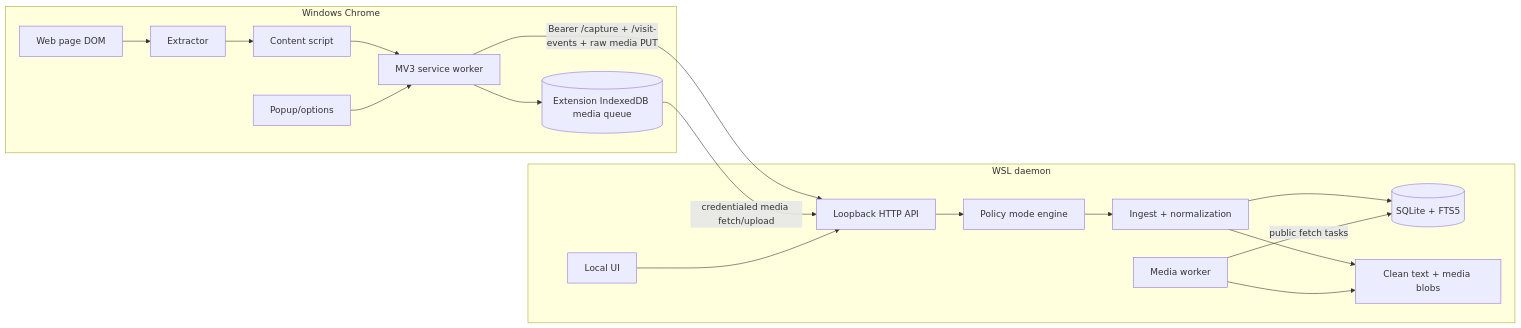
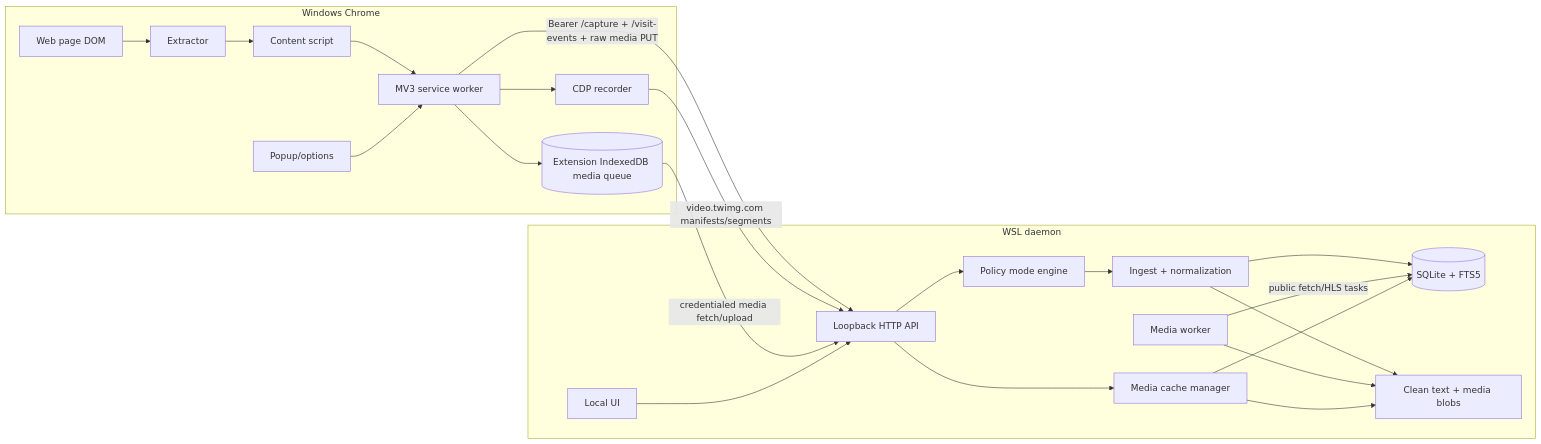
The first of 2 diagrams in docs/ARCHITECTURE.md (michaelnicks0/browser-memory-daemon), drawn with Mermaid before and after one commit. The commit also changed other lines of this file and 5 other files, not shown here.

Commit message:
Fold media sidecar design into architecture

````diff
--- a/docs/ARCHITECTURE.md
+++ b/docs/ARCHITECTURE.md
@@ -71,34 +73,41 @@
 ```mermaid
 flowchart LR
   subgraph Windows[Windows Chrome]
     Page[Web page DOM]
     Extractor[Extractor]
     CS[Content script]
     SW[MV3 service worker]
     IDB[(Extension IndexedDB media queue)]
+    CDP[CDP recorder]
     Popup[Popup/options]
   end
 
   subgraph WSL[WSL daemon]
     API[Loopback HTTP API]
     Policy[Policy mode engine]
     Ingest[Ingest + normalization]
     MediaWorker[Media worker]
+    Cache[Media cache manager]
     DB[(SQLite + FTS5)]
     Blobs[Clean text + media blobs]
     UI[Local UI]
   end
 
   Page --> Extractor --> CS --> SW
   SW --> IDB
+  SW --> CDP
   Popup --> SW
   SW -- Bearer /capture + /visit-events + raw media PUT --> API
+  CDP -- video.twimg.com manifests/segments --> API
   API --> Policy
   Policy --> Ingest
   Ingest --> DB
   Ingest --> Blobs
   IDB -- credentialed media fetch/upload --> API
-  MediaWorker -- public fetch tasks --> DB
+  MediaWorker -- public fetch/HLS tasks --> DB
   MediaWorker --> Blobs
+  API --> Cache
+  Cache --> DB
+  Cache --> Blobs
   UI --> API
 ```
````
